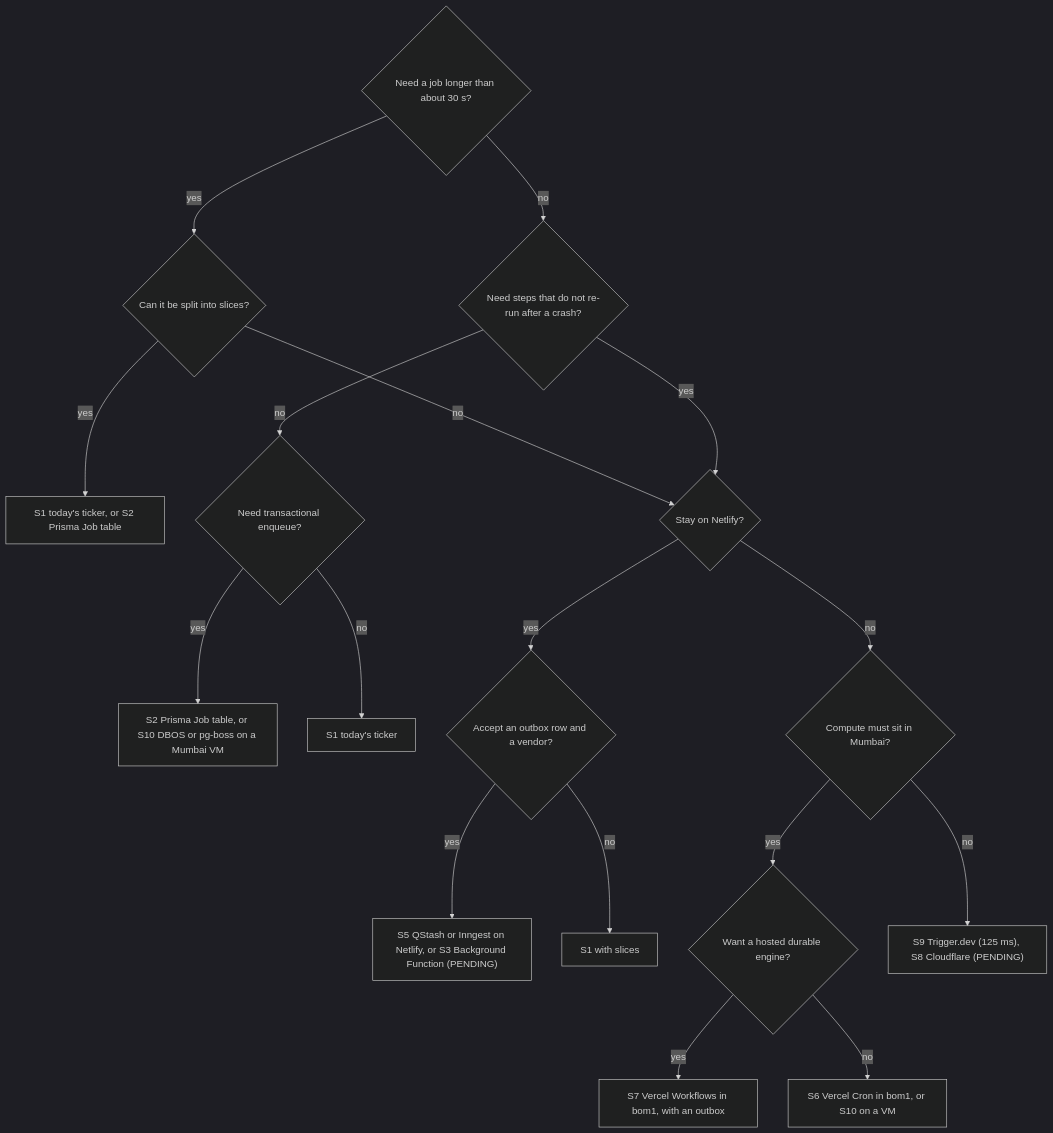
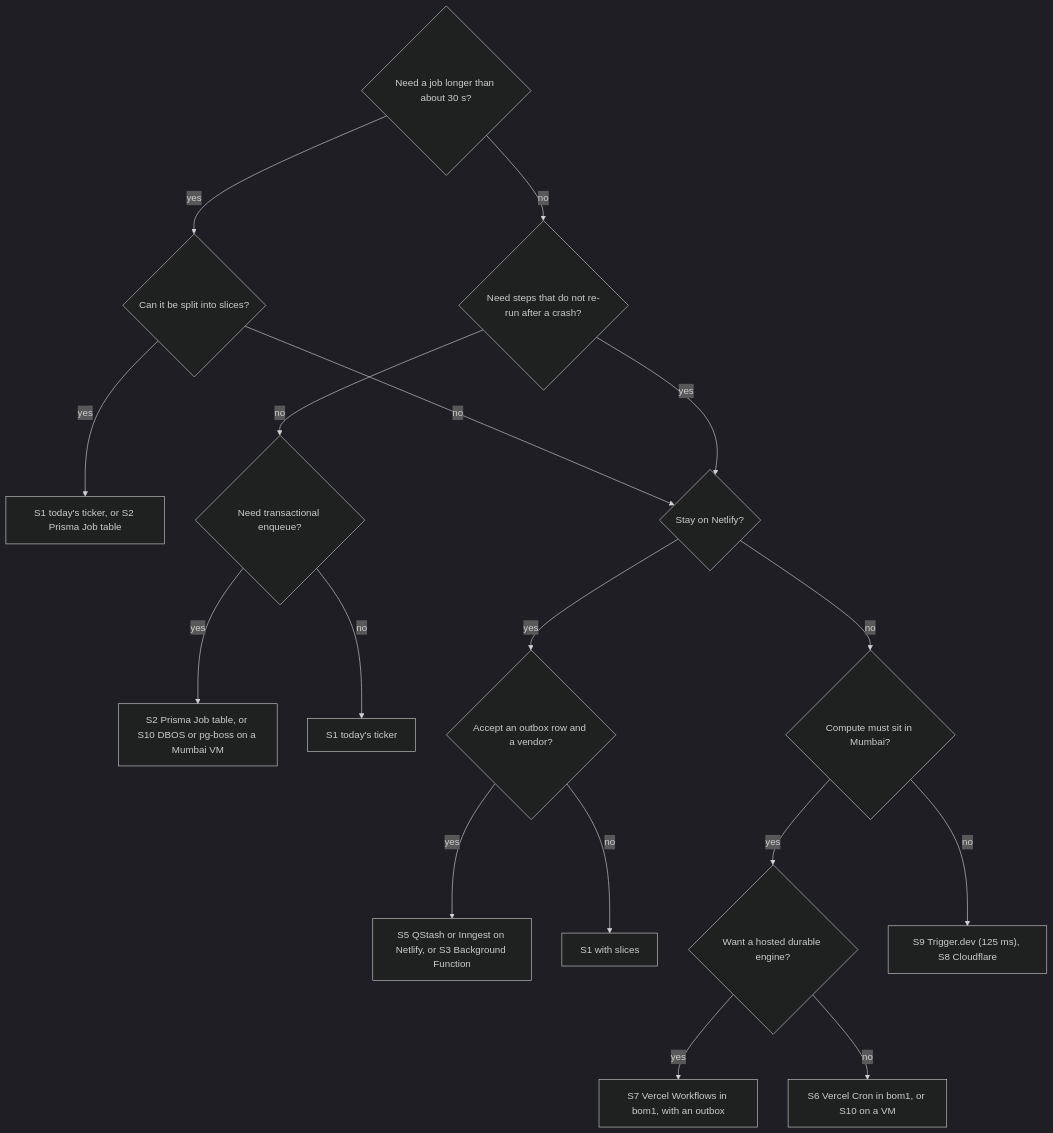
One commit to Practitionist/familiarise_web changed the second of 2 diagrams in docs/maintenance/15-job-runtime-layer-matrix.md. Above: the diagram before and after it, drawn with Mermaid (dark theme). The commit also changed other lines of this file and 10 other files, not shown here.

Commit message:
docs: add the Cloudflare Workers, Queues, Cron and Workflows results, diagrams and product-map column

````diff
--- a/docs/maintenance/15-job-runtime-layer-matrix.md
+++ b/docs/maintenance/15-job-runtime-layer-matrix.md
@@ -130,20 +130,20 @@
 ```mermaid
 flowchart TD
   Q1{"Need a job longer than about 30 s?"}
   Q1 -- no --> Q2{"Need steps that do not re-run after a crash?"}
   Q1 -- yes --> Q1B{"Can it be split into slices?"}
   Q1B -- yes --> S1["S1 today's ticker, or S2 Prisma Job table"]
   Q1B -- no --> Q4
   Q2 -- no --> Q3{"Need transactional enqueue?"}
   Q2 -- yes --> Q4{"Stay on Netlify?"}
   Q3 -- yes --> S1B["S2 Prisma Job table, or S10 DBOS or pg-boss on a Mumbai VM"]
   Q3 -- no --> S1C["S1 today's ticker"]
   Q4 -- yes --> Q5{"Accept an outbox row and a vendor?"}
-  Q5 -- yes --> S5["S5 QStash or Inngest on Netlify, or S3 Background Function (PENDING)"]
+  Q5 -- yes --> S5["S5 QStash or Inngest on Netlify, or S3 Background Function "]
   Q5 -- no --> S1D["S1 with slices"]
   Q4 -- no --> Q6{"Compute must sit in Mumbai?"}
   Q6 -- yes --> Q7{"Want a hosted durable engine?"}
   Q7 -- yes --> S7["S7 Vercel Workflows in bom1, with an outbox"]
   Q7 -- no --> S6["S6 Vercel Cron in bom1, or S10 on a VM"]
-  Q6 -- no --> S9["S9 Trigger.dev (125 ms), S8 Cloudflare (PENDING)"]
+  Q6 -- no --> S9["S9 Trigger.dev (125 ms), S8 Cloudflare"]
 ```
````
